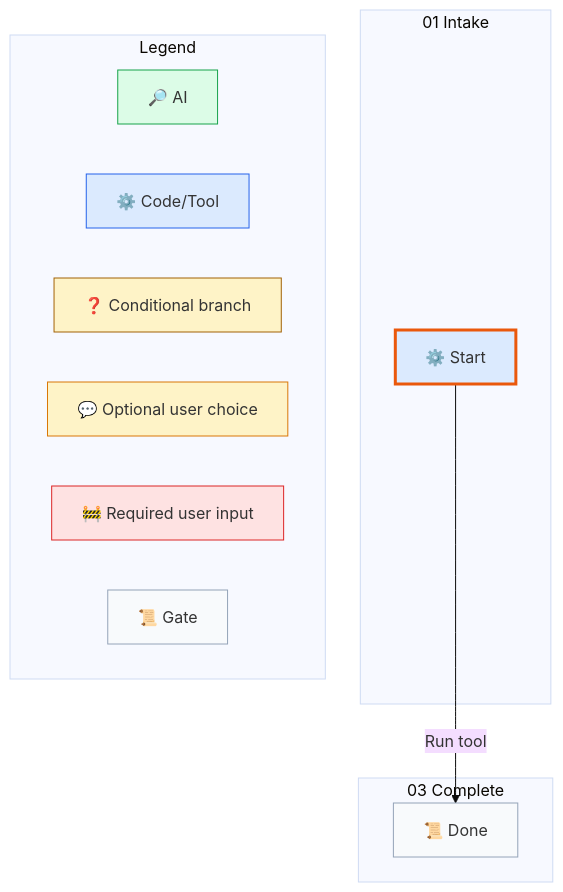
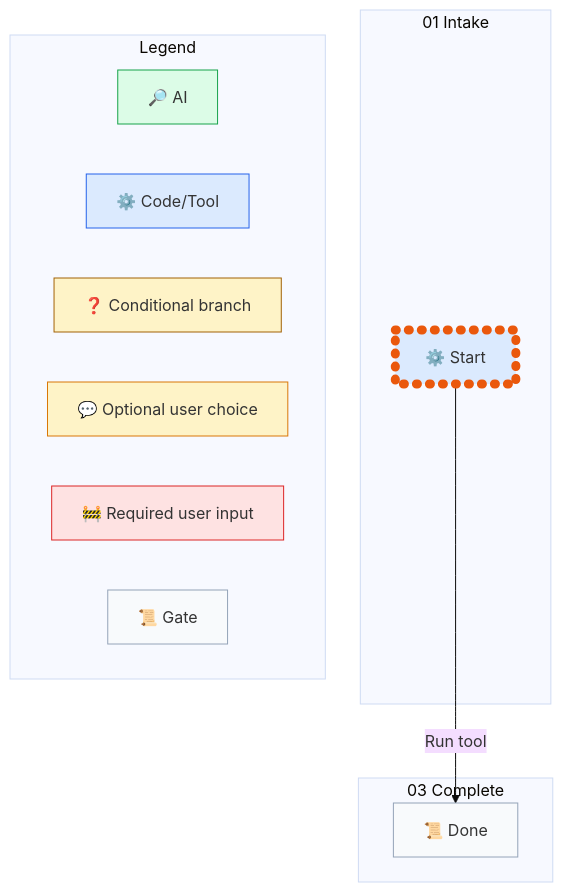
Before and after one commit to waynebaby/Techne-Loom: the second of 2 diagrams in docs/en/examples/basic-task-tracking.md, drawn with Mermaid (base theme). The commit also changed 139 other files, not shown here.

````diff
--- a/docs/en/examples/basic-task-tracking.md
+++ b/docs/en/examples/basic-task-tracking.md
@@ -152,29 +152,29 @@
 ```mermaid
 
 flowchart TD
     subgraph phase_01_intake["01 Intake"]
     state.start["⚙️ Start"]
     end
     subgraph phase_03_complete["03 Complete"]
     state.done["📜 Done"]
     end
     state.start -->|Run tool| state.done
     style state.done fill:#f8fafc,stroke:#94a3b8,stroke-width:1px
     style state.start fill:#dbeafe,stroke:#2563eb,stroke-width:1px
-    style state.start stroke:#ea580c,stroke-width:3px
+    style state.start stroke:#ea580c,stroke-width:9px,stroke-dasharray:1 12,stroke-linecap:round
     subgraph legend[Legend]
         legend_ai["🔎 AI"]
     style legend_ai fill:#dcfce7,stroke:#16a34a,stroke-width:1px
         legend_tool["⚙️ Code/Tool"]
     style legend_tool fill:#dbeafe,stroke:#2563eb,stroke-width:1px
         legend_branch["❓ Conditional branch"]
     style legend_branch fill:#fef3c7,stroke:#a16207,stroke-width:1px
         legend_optional["💬 Optional user choice"]
     style legend_optional fill:#fef3c7,stroke:#d97706,stroke-width:1px
         legend_required["🚧 Required user input"]
     style legend_required fill:#fee2e2,stroke:#dc2626,stroke-width:1px
         legend_gate["📜 Gate"]
     style legend_gate fill:#f8fafc,stroke:#94a3b8,stroke-width:1px
     end
 
 ```
````
